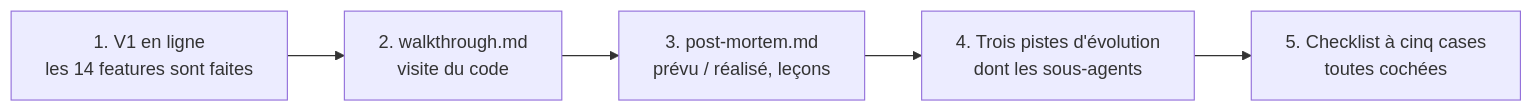
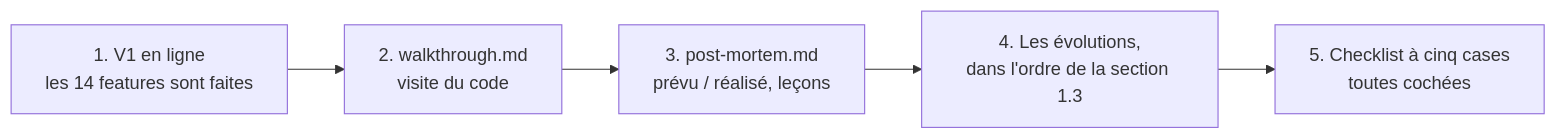
Diagram 41 of 44 in tuto-goodvibe-vibecoding.md (lecinquiemejour-code/goodvibe-tuto), drawn with Mermaid before and after one commit. The commit also changed other lines of this file and 2 other files, not shown here.

First line of the commit message:
docs: quatre évolutions après la V1, dans l'ordre du pilote et argumentées

````diff
--- a/tuto-goodvibe-vibecoding.md
+++ b/tuto-goodvibe-vibecoding.md
@@ -1852,7 +1864,7 @@
 ```mermaid
 flowchart LR
     A["1. V1 en ligne<br/>les 14 features sont faites"] --> B["2. walkthrough.md<br/>visite du code"]
     B --> C["3. post-mortem.md<br/>prévu / réalisé, leçons"]
-    C --> D["4. Trois pistes d'évolution<br/>dont les sous-agents"]
+    C --> D["4. Les évolutions,<br/>dans l'ordre de la section 1.3"]
     D --> E["5. Checklist à cinq cases<br/>toutes cochées"]
 ```
````
